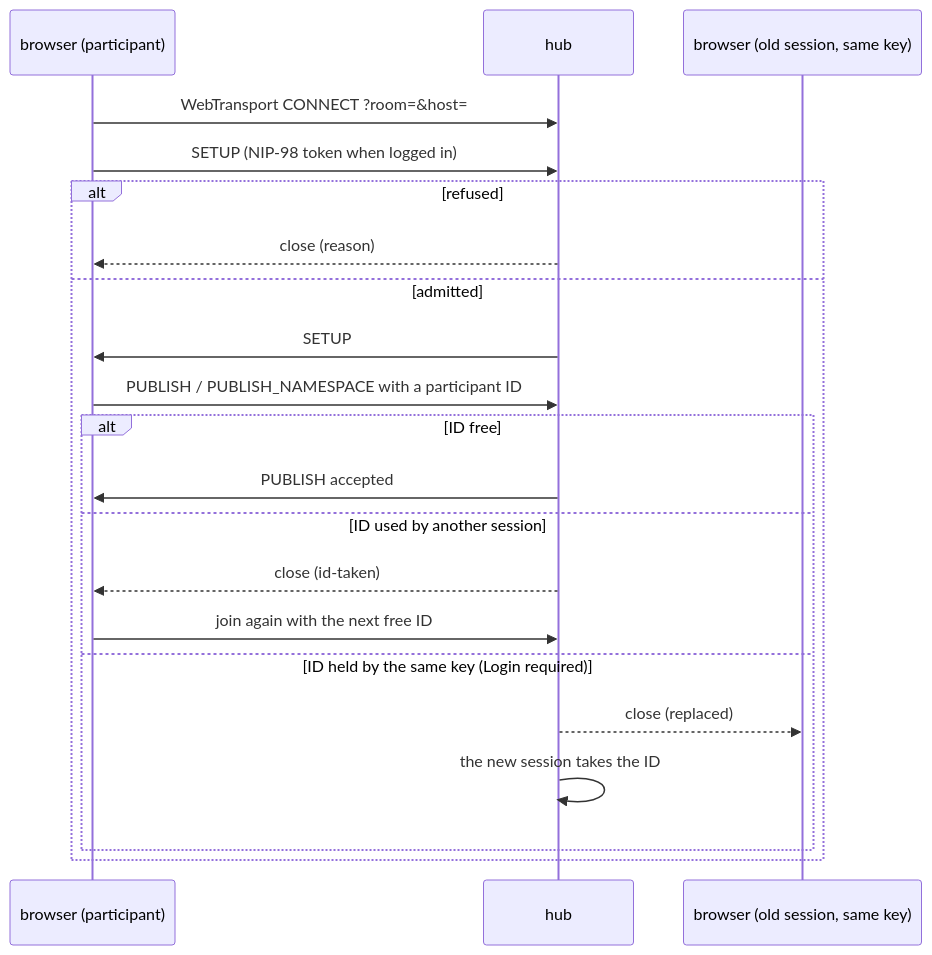
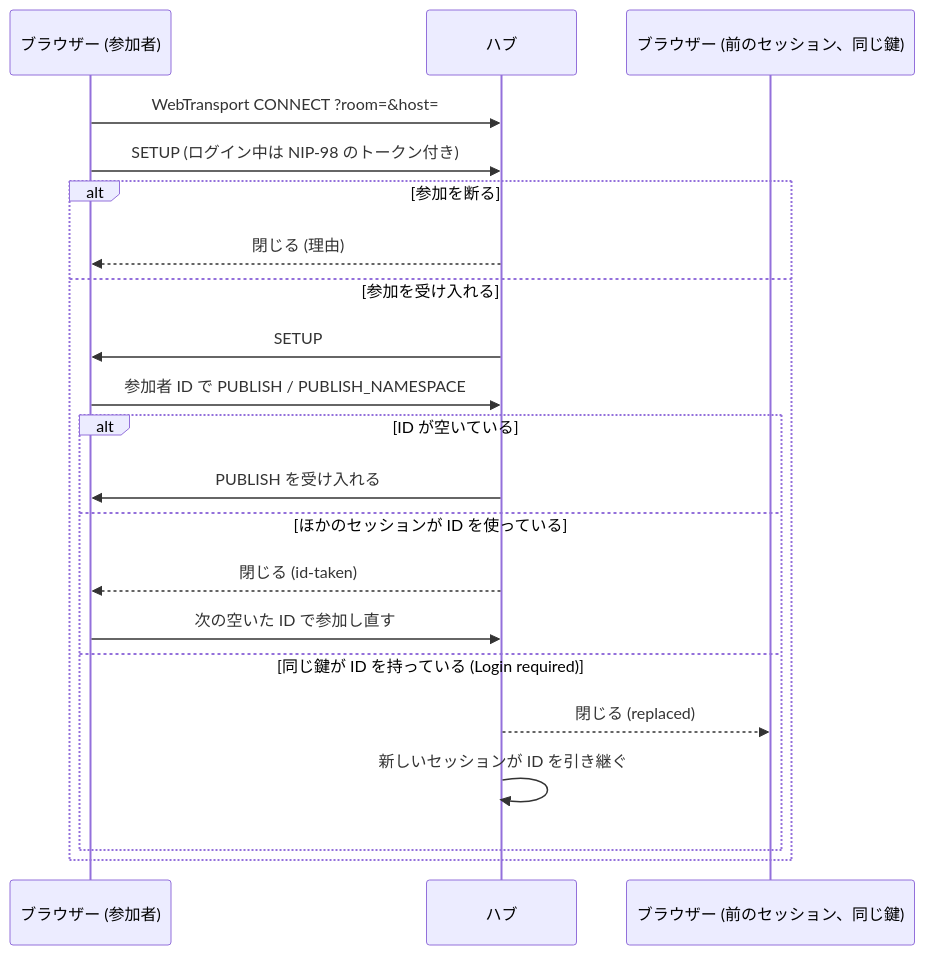
One commit to Hakkadaikon/wired changed the third of 6 diagrams in examples/moqt_chat/README.md. Above: the diagram before and after it, drawn with Mermaid. The commit also changed other lines of this file, not shown here.

First line of the commit message:
docs(moqt_chat): Japanese labels in the README diagrams

````diff
--- a/examples/moqt_chat/README.md
+++ b/examples/moqt_chat/README.md
@@ -78,23 +78,23 @@
 ```mermaid
 sequenceDiagram
-    participant G as browser (participant)
-    participant H as hub
-    participant O as browser (old session, same key)
+    participant G as ブラウザー (参加者)
+    participant H as ハブ
+    participant O as ブラウザー (前のセッション、同じ鍵)
     G->>H: WebTransport CONNECT ?room=&host=
-    G->>H: SETUP (NIP-98 token when logged in)
-    alt refused
-        H-->>G: close (reason)
-    else admitted
+    G->>H: SETUP (ログイン中は NIP-98 のトークン付き)
+    alt 参加を断る
+        H-->>G: 閉じる (理由)
+    else 参加を受け入れる
         H->>G: SETUP
-        G->>H: PUBLISH / PUBLISH_NAMESPACE with a participant ID
-        alt ID free
-            H->>G: PUBLISH accepted
-        else ID used by another session
-            H-->>G: close (id-taken)
-            G->>H: join again with the next free ID
-        else ID held by the same key (Login required)
-            H-->>O: close (replaced)
-            H->>H: the new session takes the ID
+        G->>H: 参加者 ID で PUBLISH / PUBLISH_NAMESPACE
+        alt ID が空いている
+            H->>G: PUBLISH を受け入れる
+        else ほかのセッションが ID を使っている
+            H-->>G: 閉じる (id-taken)
+            G->>H: 次の空いた ID で参加し直す
+        else 同じ鍵が ID を持っている (Login required)
+            H-->>O: 閉じる (replaced)
+            H->>H: 新しいセッションが ID を引き継ぐ
         end
     end
 ```
````
